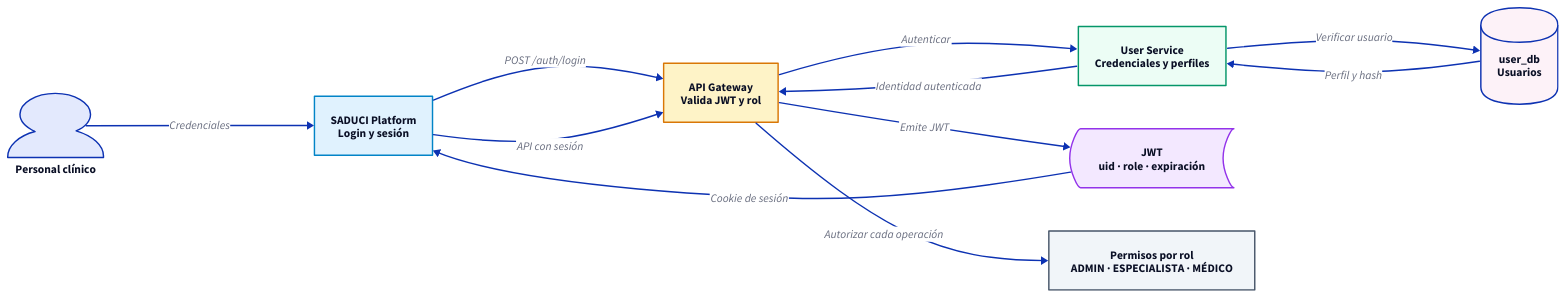
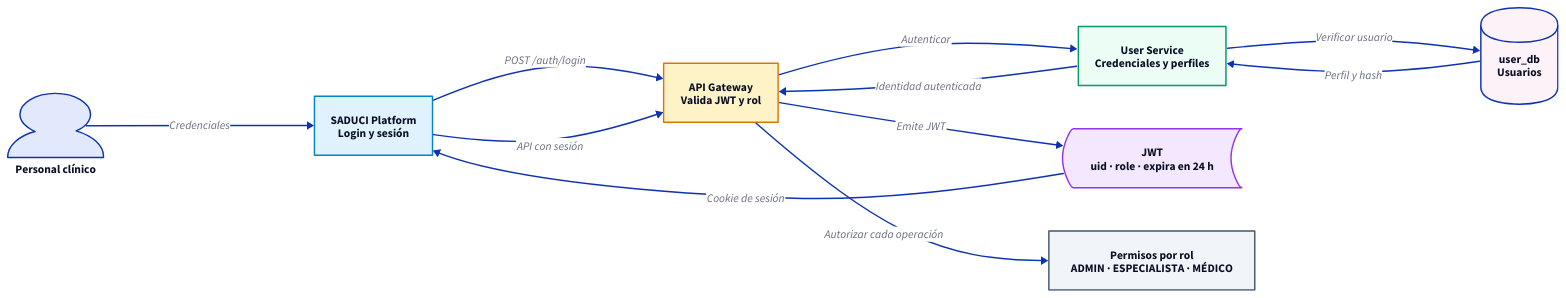
One commit to coslatte/saduci changed the diagram in docs/sistema/diagramas/autenticacion-roles.d2. Above: the diagram before and after it, drawn with D2. The commit also changed 5 other files, not shown here.

```diff
--- a/docs/sistema/diagramas/autenticacion-roles.d2
+++ b/docs/sistema/diagramas/autenticacion-roles.d2
@@ -1,36 +1,36 @@
 direction: right
 
 personal: "Personal clínico" {shape: person}
 frontend: "SADUCI Platform\nLogin y sesión" {
   style.fill: "#e0f2fe"
   style.stroke: "#0284c7"
 }
 gateway: "API Gateway\nValida JWT y rol" {
   style.fill: "#fef3c7"
   style.stroke: "#d97706"
 }
 users: "User Service\nCredenciales y perfiles" {
   style.fill: "#ecfdf5"
   style.stroke: "#059669"
 }
 userdb: "user_db\nUsuarios" {shape: cylinder; style.fill: "#fdf2f8"}
-token: "JWT\nuid · role · expiración" {
+token: "JWT\nuid · role · expira en 24 h" {
   shape: stored_data
   style.fill: "#f3e8ff"
   style.stroke: "#9333ea"
 }
 permisos: "Permisos por rol\nADMIN · ESPECIALISTA · MÉDICO" {
   style.fill: "#f1f5f9"
   style.stroke: "#475569"
 }
 
 personal -> frontend: "Credenciales"
 frontend -> gateway: "POST /auth/login"
 gateway -> users: "Autenticar"
 users -> userdb: "Verificar usuario"
 userdb -> users: "Perfil y hash"
 users -> gateway: "Identidad autenticada"
 gateway -> token: "Emite JWT"
 token -> frontend: "Cookie de sesión"
 frontend -> gateway: "API con sesión"
 gateway -> permisos: "Autorizar cada operación"
```
